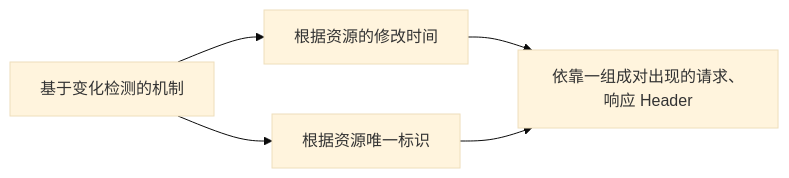
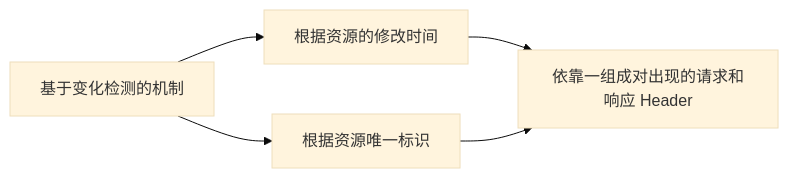
Before and after one commit to JDChi/til: the second of 2 diagrams in 分布式系统/多级分流系统/客户端缓存.md, drawn with Mermaid (base theme).

Commit message:
refactor: 修改标点符号.md

````diff
--- a/分布式系统/多级分流系统/客户端缓存.md
+++ b/分布式系统/多级分流系统/客户端缓存.md
@@ -47,7 +47,7 @@
 ```mermaid
 graph LR
     A[基于变化检测的机制] --> B[根据资源的修改时间]
     A --> C[根据资源唯一标识]
-    B --> D[依靠一组成对出现的请求、响应 Header]
+    B --> D[依靠一组成对出现的请求和响应 Header]
     C --> D
 ```
````
